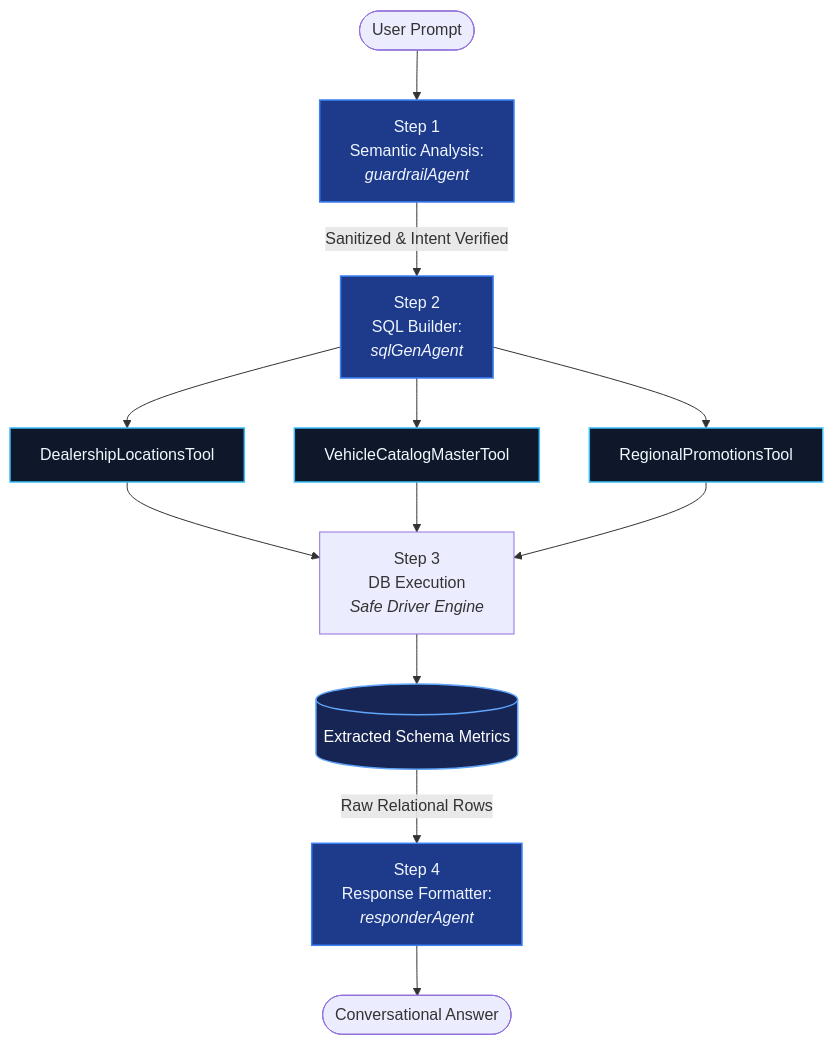
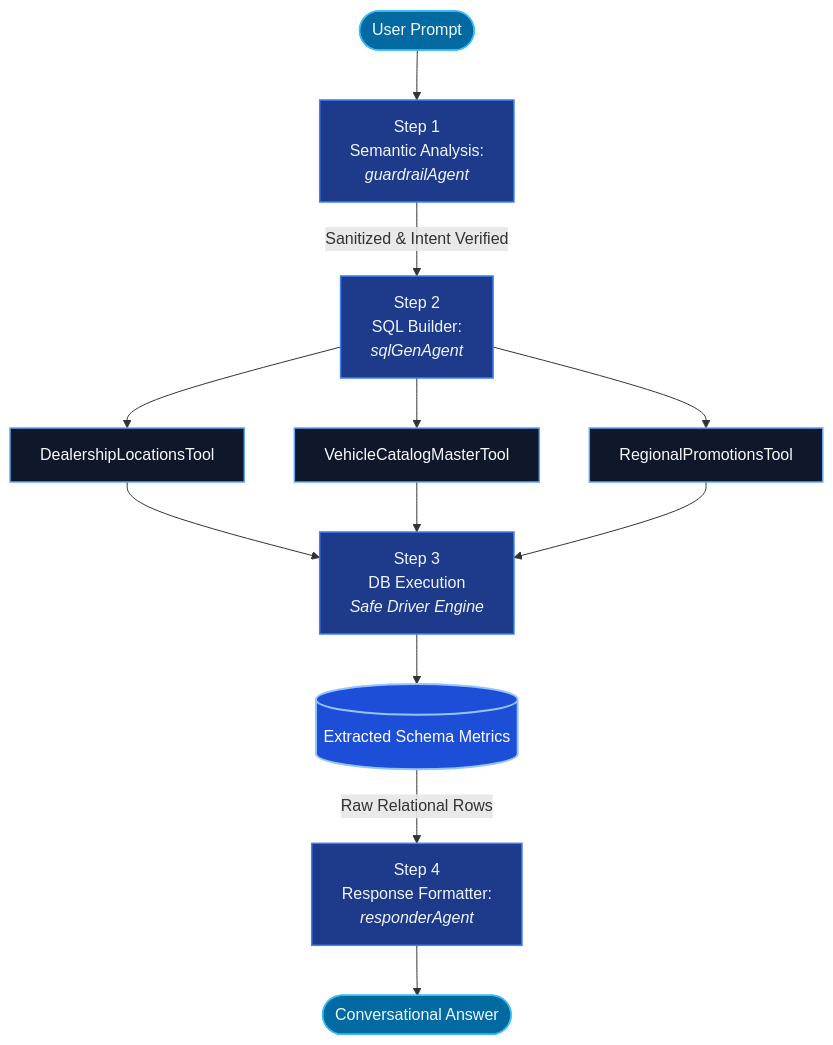
One commit to Viji-RaviChandran/mastra-car-dealership-workflow changed the diagram in README.md. Above: the diagram before and after it, drawn with Mermaid. The commit also changed other lines of this file, not shown here.

````diff
--- a/README.md
+++ b/README.md
@@ -27,30 +24,32 @@
 ```mermaid
 flowchart TD
     A([User Prompt]) --> B[Step 1 <br/>Semantic Analysis: <br/><i>guardrailAgent</i>]
     
     B -->|Sanitized & Intent Verified| C[Step 2 <br/>SQL Builder: <br/><i>sqlGenAgent</i>]
     
     C --> D1[DealershipLocationsTool]
     C --> D2[VehicleCatalogMasterTool]
     C --> D3[RegionalPromotionsTool]
     
     D1 --> E[Step 3 <br/>DB Execution<br/><i>Safe Driver Engine</i>]
     D2 --> E
     D3 --> E
     
     E --> F[(Extracted Schema Metrics)]
 
     
     
     F -->|Raw Relational Rows| G[Step 4 <br/>Response Formatter: <br/><i>responderAgent</i>]
     
     G --> H([Conversational Answer])
 
-    classDef agent fill:#1e3a8a,stroke:#3b82f6,stroke-width:1.5px,color:#eff6ff;
-    classDef tool  fill:#0f172a,stroke:#38bdf8,stroke-width:1.5px,color:#f0f9ff;
-    classDef step  fill:#172554,stroke:#60a5fa,stroke-width:1.5px,color:#ffffff;
+    classDef stepNode fill:#1e3a8a,stroke:#3b82f6,stroke-width:1.5px,color:#eff6ff;
+    classDef ioNode   fill:#0369a1,stroke:#38bdf8,stroke-width:1.5px,color:#f0f9ff;
+    classDef toolNode fill:#0f172a,stroke:#60a5fa,stroke-width:1.5px,color:#f8fafc;
+    classDef dbNode   fill:#1d4ed8,stroke:#93c5fd,stroke-width:2px,color:#ffffff;
 
-    class B,C,G agent;
-    class D1,D2,D3 tool;
-    class F step;
+    class B,C,E,G stepNode;
+    class A,H ioNode;
+    class D1,D2,D3 toolNode;
+    class F dbNode;
 ```
````
